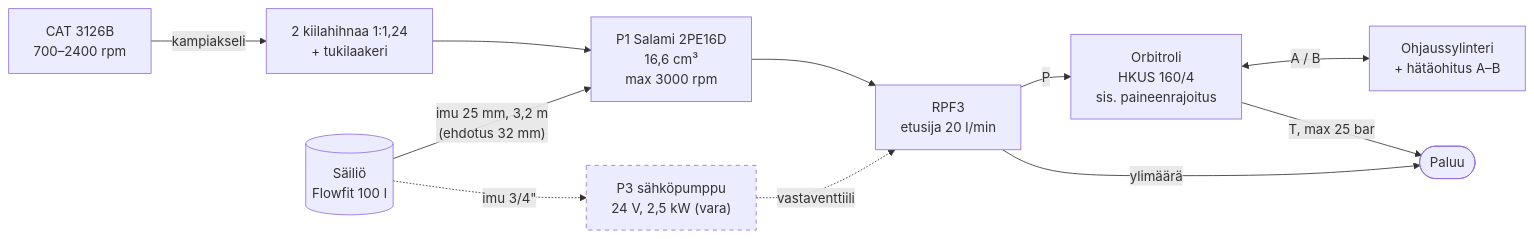
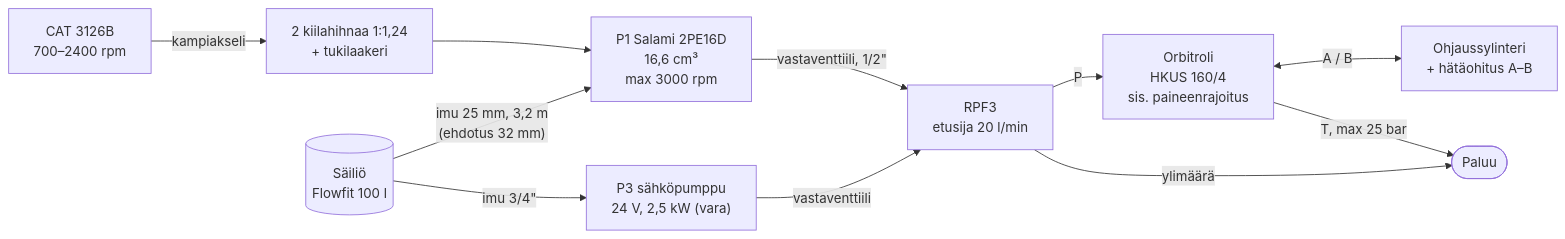
The first of 3 diagrams in hydraulics/schematic.md (plektra/vega-systems), drawn with Mermaid before and after one commit. The commit also changed other lines of this file and 2 other files, not shown here.

````diff
--- a/hydraulics/schematic.md
+++ b/hydraulics/schematic.md
@@ -47,24 +47,22 @@
 ```mermaid
 flowchart LR
   ENG["CAT 3126B<br/>700–2400 rpm"]
   BELT["2 kiilahihnaa 1:1,24<br/>+ tukilaakeri"]
   TANK[("Säiliö<br/>Flowfit 100 l")]
   P1["P1 Salami 2PE16D<br/>16,6 cm³<br/>max 3000 rpm"]
   RPF3["RPF3<br/>etusija 20 l/min"]
   ORB["Orbitroli<br/>HKUS 160/4<br/>sis. paineenrajoitus"]
   CYL["Ohjaussylinteri<br/>+ hätäohitus A–B"]
   P3["P3 sähköpumppu<br/>24 V, 2,5 kW (vara)"]
   RET(["Paluu"])
 
   ENG -->|kampiakseli| BELT --> P1
   TANK -->|"imu 25 mm, 3,2 m<br/>(ehdotus 32 mm)"| P1
-  P1 --> RPF3 -->|P| ORB
+  P1 -->|"vastaventtiili, 1/2#quot;"| RPF3 -->|P| ORB
   ORB <-->|A / B| CYL
-  TANK -.->|"imu 3/4#quot;"| P3
-  P3 -.->|vastaventtiili| RPF3
+  TANK -->|"imu 3/4#quot;"| P3
+  P3 -->|vastaventtiili| RPF3
   RPF3 -->|ylimäärä| RET
   ORB -->|"T, max 25 bar"| RET
 
-  classDef planned stroke-dasharray: 5 5
-  class P3 planned
 ```
````
